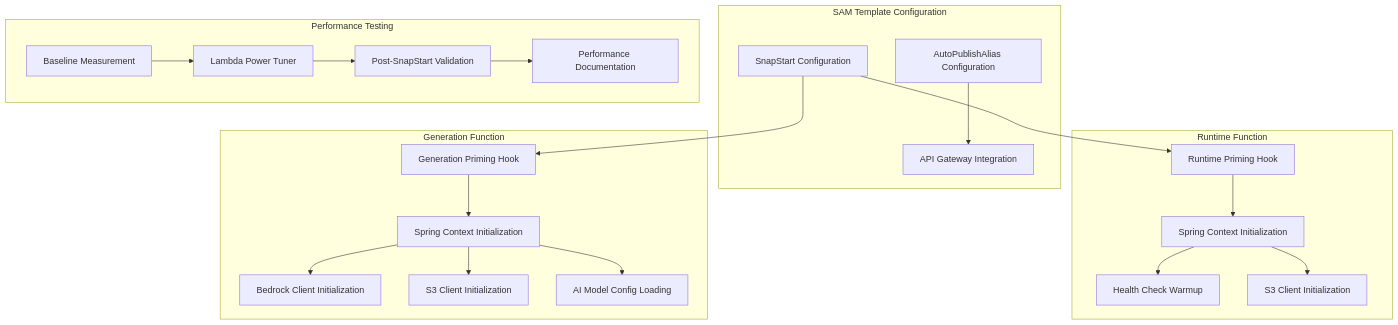
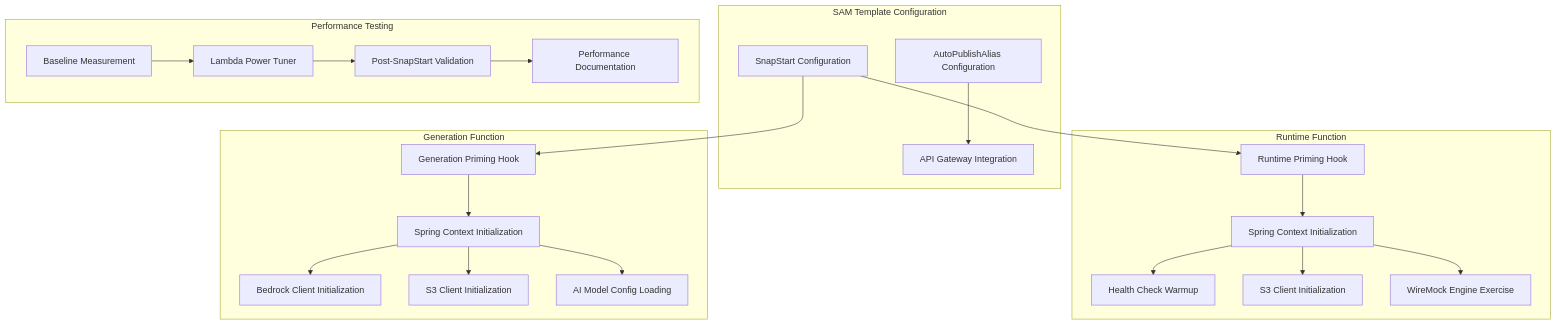
Before and after one commit to elenavanengelenmaslova/mocknest-serverless: the first of 2 diagrams in .kiro/specs/lambda-snapstart-optimization/design.md, drawn with Mermaid. The commit also changed other lines of this file and 5 other files, not shown here.

````diff
--- a/.kiro/specs/lambda-snapstart-optimization/design.md
+++ b/.kiro/specs/lambda-snapstart-optimization/design.md
@@ -36,47 +37,49 @@
 ```mermaid
 flowchart TB
     subgraph SAM["SAM Template Configuration"]
         SNAPCONFIG[SnapStart Configuration]
         AUTOPUBLISH[AutoPublishAlias Configuration]
         APIGW_INT[API Gateway Integration]
     end
 
     subgraph Runtime["Runtime Function"]
         RT_PRIME[Runtime Priming Hook]
         RT_SPRING[Spring Context Initialization]
         RT_HEALTH[Health Check Warmup]
         RT_S3[S3 Client Initialization]
+        RT_WIREMOCK[WireMock Engine Exercise]
     end
 
     subgraph Generation["Generation Function"]
         GEN_PRIME[Generation Priming Hook]
         GEN_SPRING[Spring Context Initialization]
         GEN_BEDROCK[Bedrock Client Initialization]
         GEN_S3[S3 Client Initialization]
         GEN_MODEL[AI Model Config Loading]
     end
 
     subgraph Testing["Performance Testing"]
         BASELINE[Baseline Measurement]
         POWERTUNER[Lambda Power Tuner]
         VALIDATION[Post-SnapStart Validation]
         DOCS[Performance Documentation]
     end
 
     SNAPCONFIG --> RT_PRIME
     SNAPCONFIG --> GEN_PRIME
     AUTOPUBLISH --> APIGW_INT
     
     RT_PRIME --> RT_SPRING
     RT_SPRING --> RT_HEALTH
     RT_SPRING --> RT_S3
+    RT_SPRING --> RT_WIREMOCK
     
     GEN_PRIME --> GEN_SPRING
     GEN_SPRING --> GEN_BEDROCK
     GEN_SPRING --> GEN_S3
     GEN_SPRING --> GEN_MODEL
     
     BASELINE --> POWERTUNER
     POWERTUNER --> VALIDATION
     VALIDATION --> DOCS
 ```
````
